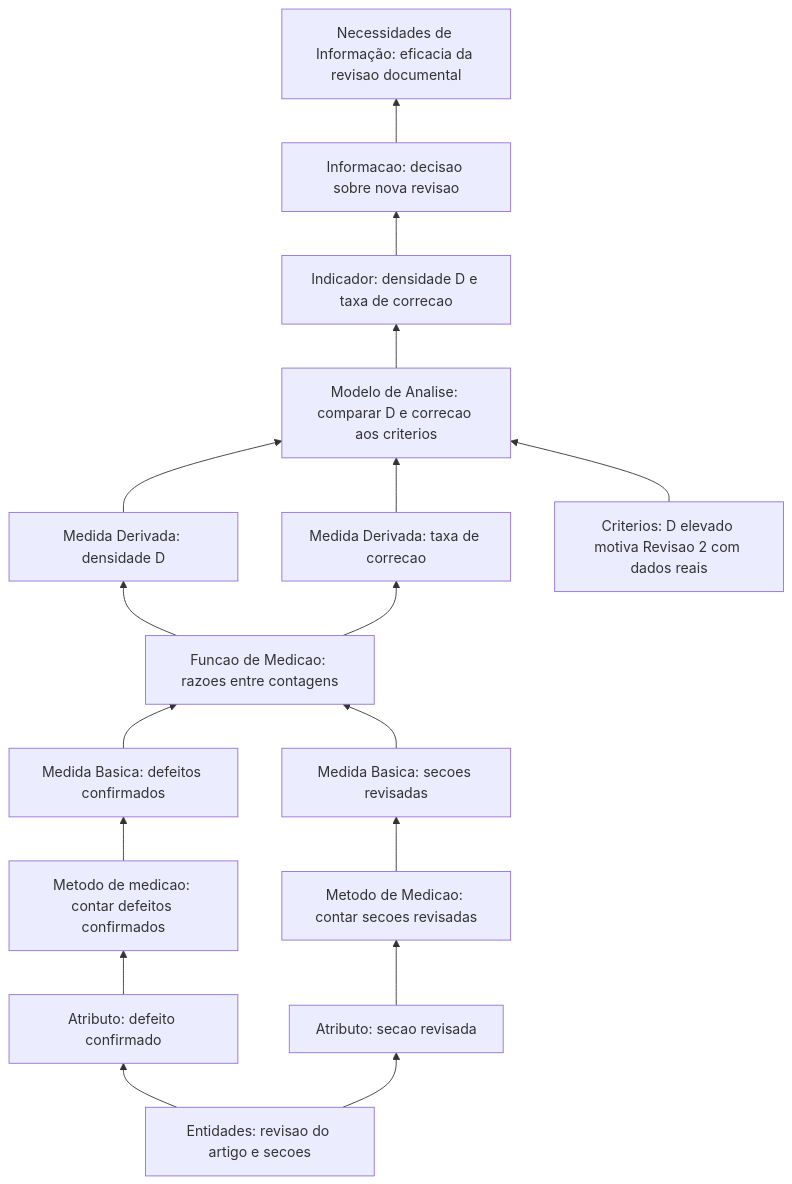
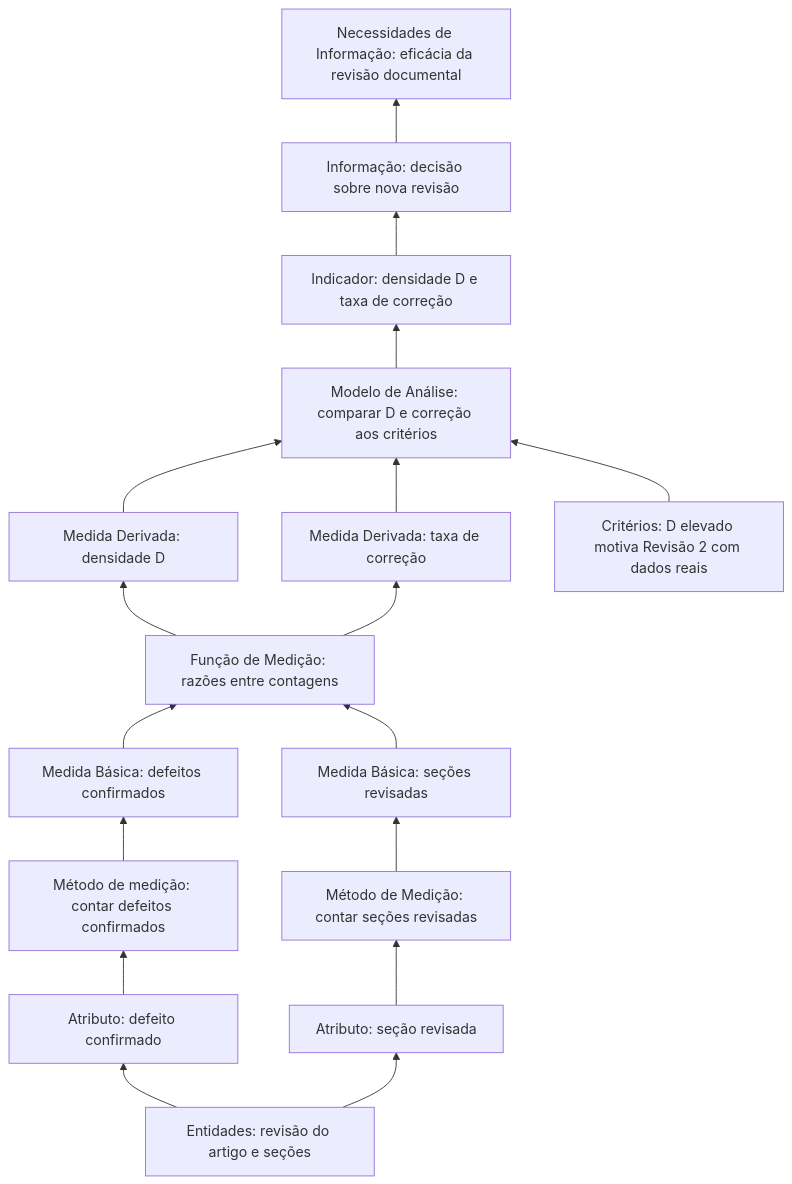
The first of 2 diagrams in docs/gestao-psm/desempenho-dos-processos.md (FCTE-Qualidade-de-Software-1/2026-2_T01_BETTY_SNYDER), drawn with Mermaid before and after one commit. The commit also changed other lines of this file and 2 other files, not shown here.

Commit message:
docs(psm): acentua rotulos UTF-8 nos diagramas das categorias

````diff
--- a/docs/gestao-psm/desempenho-dos-processos.md
+++ b/docs/gestao-psm/desempenho-dos-processos.md
@@ -28,34 +28,34 @@
 ```mermaid
 flowchart BT
-  need["Necessidades de Informação: eficacia da revisao documental"]
-  info["Informacao: decisao sobre nova revisao"]
-  ind["Indicador: densidade D e taxa de correcao"]
-  analise["Modelo de Analise: comparar D e correcao aos criterios"]
-  crit["Criterios: D elevado motiva Revisao 2 com dados reais"]
+  need["Necessidades de Informação: eficácia da revisão documental"]
+  info["Informação: decisão sobre nova revisão"]
+  ind["Indicador: densidade D e taxa de correção"]
+  analise["Modelo de Análise: comparar D e correção aos critérios"]
+  crit["Critérios: D elevado motiva Revisão 2 com dados reais"]
   md1["Medida Derivada: densidade D"]
-  md2["Medida Derivada: taxa de correcao"]
-  func["Funcao de Medicao: razoes entre contagens"]
-  mb1["Medida Basica: defeitos confirmados"]
-  mb2["Medida Basica: secoes revisadas"]
-  met1["Metodo de medicao: contar defeitos confirmados"]
-  met2["Metodo de Medicao: contar secoes revisadas"]
+  md2["Medida Derivada: taxa de correção"]
+  func["Função de Medição: razões entre contagens"]
+  mb1["Medida Básica: defeitos confirmados"]
+  mb2["Medida Básica: seções revisadas"]
+  met1["Método de medição: contar defeitos confirmados"]
+  met2["Método de Medição: contar seções revisadas"]
   attr1["Atributo: defeito confirmado"]
-  attr2["Atributo: secao revisada"]
-  ent["Entidades: revisao do artigo e secoes"]
+  attr2["Atributo: seção revisada"]
+  ent["Entidades: revisão do artigo e seções"]
   ent --> attr1
   ent --> attr2
   attr1 --> met1
   attr2 --> met2
   met1 --> mb1
   met2 --> mb2
   mb1 --> func
   mb2 --> func
   func --> md1
   func --> md2
   md1 --> analise
   md2 --> analise
   crit --> analise
   analise --> ind
   ind --> info
   info --> need
 ```
````
